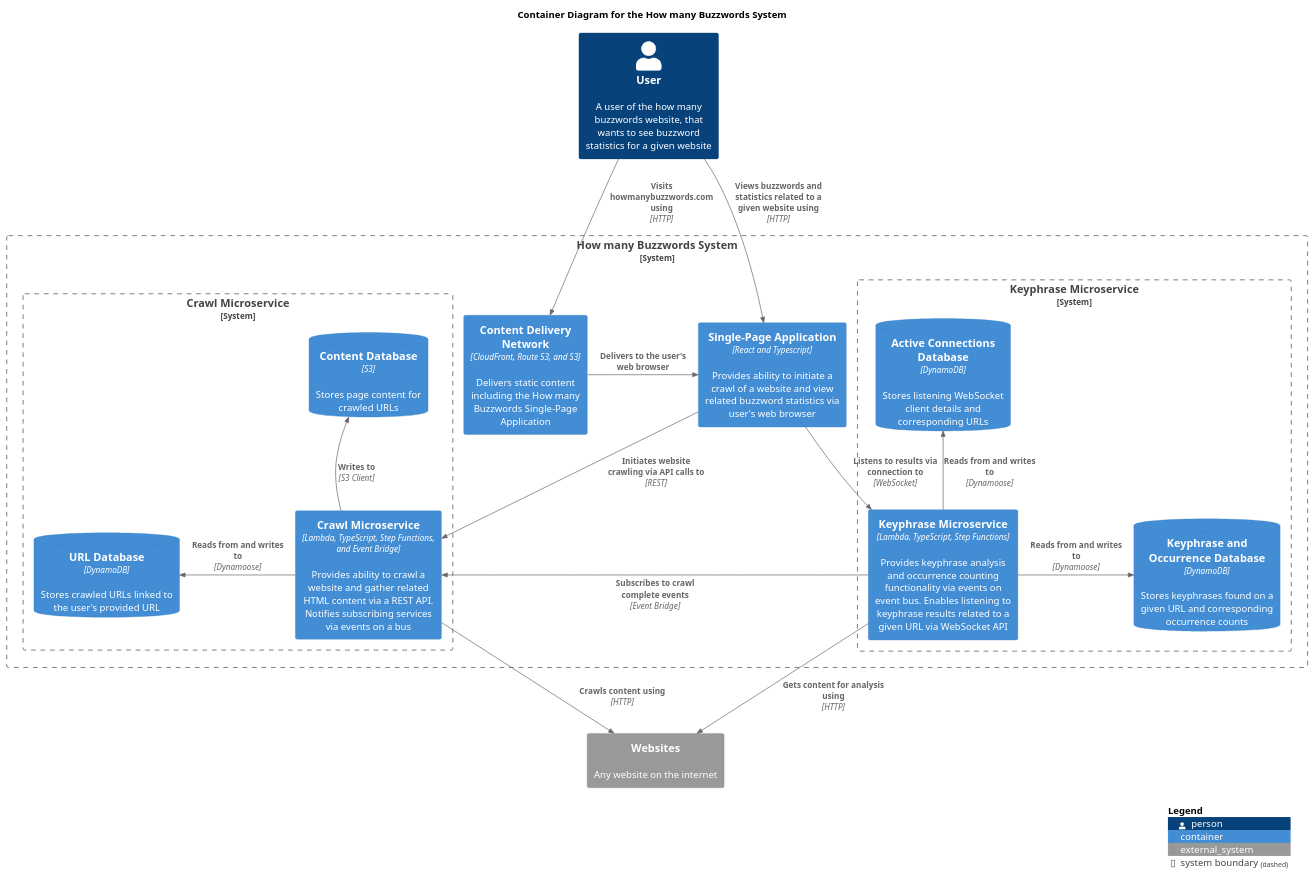
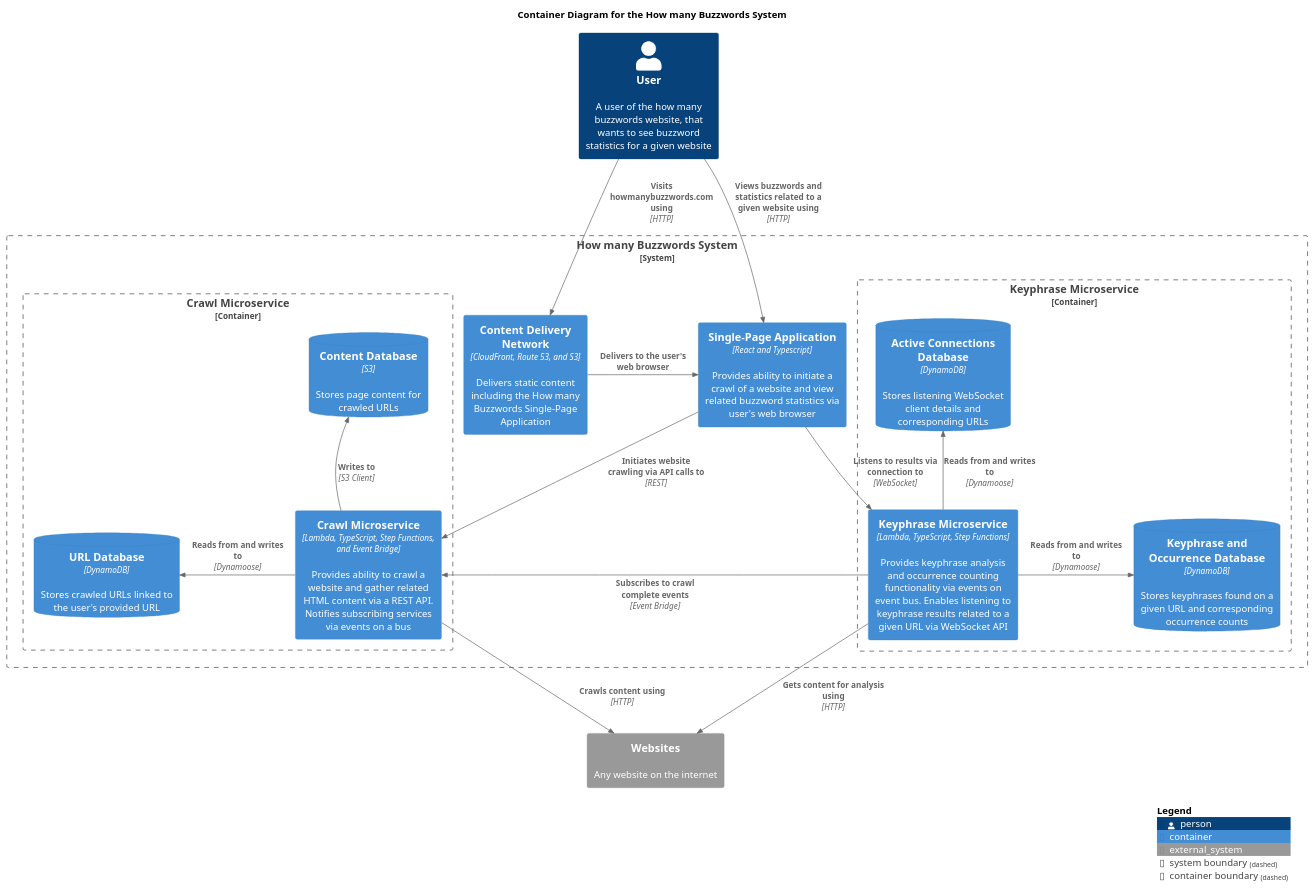
One commit to ashley-evans/how-many-buzzwords changed the diagram in docs/c4-diagrams/buzzword-c4-container.puml. Above: the diagram before and after it, drawn with PlantUML. The commit also changed 1 other file, not shown here.

Commit message:
Update buzzword c4 container diagram to use container boundaries for crawl and keyphrase service rather than system

```diff
--- a/docs/c4-diagrams/buzzword-c4-container.puml
+++ b/docs/c4-diagrams/buzzword-c4-container.puml
@@ -1,46 +1,46 @@
 @startuml Buzzword C4 Container Diagram
 
 !include https://raw.githubusercontent.com/plantuml-stdlib/C4-PlantUML/master/C4_Container.puml
 
 title Container Diagram for the How many Buzzwords System
 
 Person(user, "User", "A user of the how many buzzwords website, that wants to see buzzword statistics for a given website")
 System_Boundary(buzzword_system, "How many Buzzwords System") {
     Container(content_delivery_network, "Content Delivery Network", "CloudFront, Route 53, and S3", $descr="Delivers static content including the How many Buzzwords Single-Page Application")
     Container(single_page_application, "Single-Page Application", "React and Typescript", $descr="Provides ability to initiate a crawl of a website and view related buzzword statistics via user's web browser")
 
-    System_Boundary(crawl_microservice_boundary, "Crawl Microservice") {
+    Container_Boundary(crawl_microservice_boundary, "Crawl Microservice") {
         Container(crawl_microservice, "Crawl Microservice", "Lambda, TypeScript, Step Functions, and Event Bridge", $descr="Provides ability to crawl a website and gather related HTML content via a REST API. Notifies subscribing services via events on a bus")
         ContainerDb(crawl_url_db, "URL Database", "DynamoDB", $descr="Stores crawled URLs linked to the user's provided URL")
         ContainerDb(crawl_content_db, "Content Database", "S3", $descr="Stores page content for crawled URLs")
     }
 
-    System_Boundary(keyphrase_microservice_boundary, "Keyphrase Microservice") {
+    Container_Boundary(keyphrase_microservice_boundary, "Keyphrase Microservice") {
         Container(keyphrase_microservice, "Keyphrase Microservice", "Lambda, TypeScript, Step Functions", "Provides keyphrase analysis and occurrence counting functionality via events on event bus. Enables listening to keyphrase results related to a given URL via WebSocket API")
         ContainerDb(keyphrase_db, "Keyphrase and Occurrence Database", "DynamoDB", "Stores keyphrases found on a given URL and corresponding occurrence counts")
         ContainerDb(active_connections_db, "Active Connections Database", "DynamoDB", "Stores listening WebSocket client details and corresponding URLs")
     }
 }
 
 System_Ext(websites, "Websites", "Any website on the internet")
 
 Rel(user, content_delivery_network, "Visits howmanybuzzwords.com using", "HTTP")
 Rel(user, single_page_application, "Views buzzwords and statistics related to a given website using", "HTTP")
 
 Rel_R(content_delivery_network, single_page_application, "Delivers to the user's web browser")
 
 Rel(single_page_application, crawl_microservice, "Initiates website crawling via API calls to", "REST")
 Rel(single_page_application, keyphrase_microservice, "Listens to results via connection to", "WebSocket")
 
 Rel_L(crawl_microservice, crawl_url_db, "Reads from and writes to", "Dynamoose")
 Rel_U(crawl_microservice, crawl_content_db, "Writes to", "S3 Client")
 Rel(crawl_microservice, websites, "Crawls content using", "HTTP")
 
 Rel_R(keyphrase_microservice, keyphrase_db, "Reads from and writes to", "Dynamoose")
 Rel_U(keyphrase_microservice, active_connections_db, "Reads from and writes to", "Dynamoose")
 Rel_L(keyphrase_microservice, crawl_microservice, "Subscribes to crawl complete events", "Event Bridge")
 Rel(keyphrase_microservice, websites, "Gets content for analysis using", "HTTP")
 
 SHOW_LEGEND()
 
 @enduml
```
